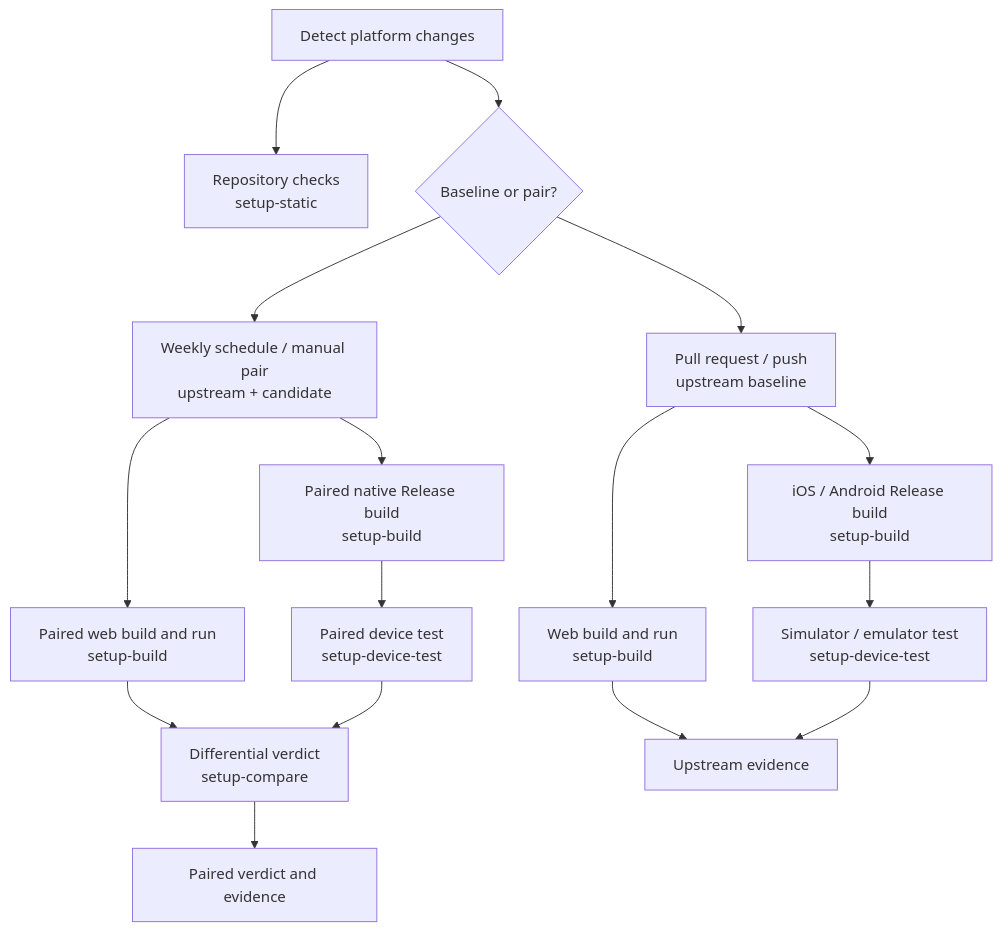
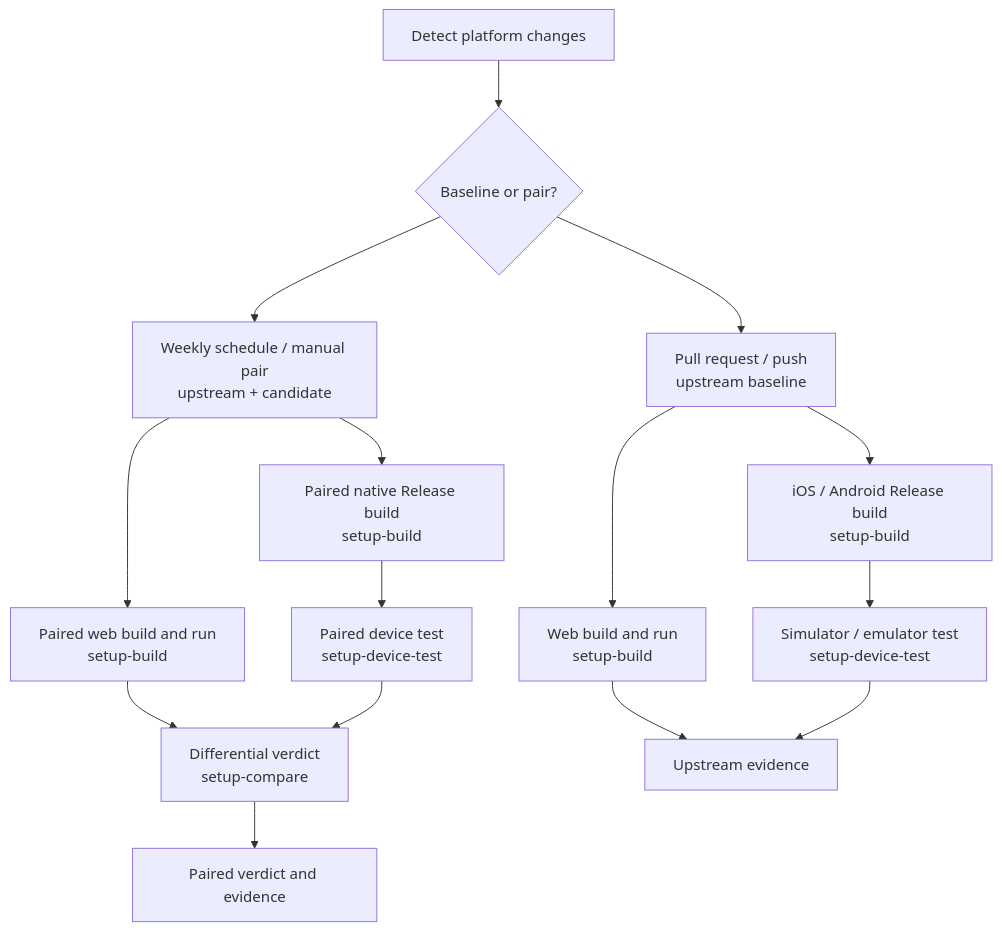
One commit to okikeSolutions/better-native changed the third of 4 diagrams in docs/architecture.md. Above: the diagram before and after it, drawn with Mermaid. The commit also changed other lines of this file, not shown here.

````diff
--- a/docs/architecture.md
+++ b/docs/architecture.md
@@ -263,31 +277,28 @@
 ```mermaid
 flowchart TB
   Change["Detect platform changes"]
-  Static["Repository checks<br/>setup-static"]
-  Change --> Static
-
   Mode{"Baseline or pair?"}
   Change --> Mode
 
   Baseline["Pull request / push<br/>upstream baseline"]
   Pair["Weekly schedule / manual pair<br/>upstream + candidate"]
   Mode --> Baseline
   Mode --> Pair
 
   WebBaseline["Web build and run<br/>setup-build"]
   NativeBuild["iOS / Android Release build<br/>setup-build"]
   Device["Simulator / emulator test<br/>setup-device-test"]
   PairWeb["Paired web build and run<br/>setup-build"]
   PairBuild["Paired native Release build<br/>setup-build"]
   PairDevice["Paired device test<br/>setup-device-test"]
   Compare["Differential verdict<br/>setup-compare"]
 
   Baseline --> WebBaseline
   Baseline --> NativeBuild --> Device
   Pair --> PairWeb --> Compare
   Pair --> PairBuild --> PairDevice --> Compare
 
   WebBaseline --> BaselineEvidence["Upstream evidence"]
   Device --> BaselineEvidence
   Compare --> PairEvidence["Paired verdict and evidence"]
 ```
````
